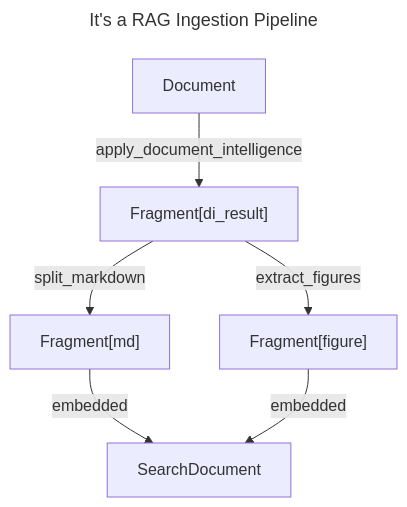
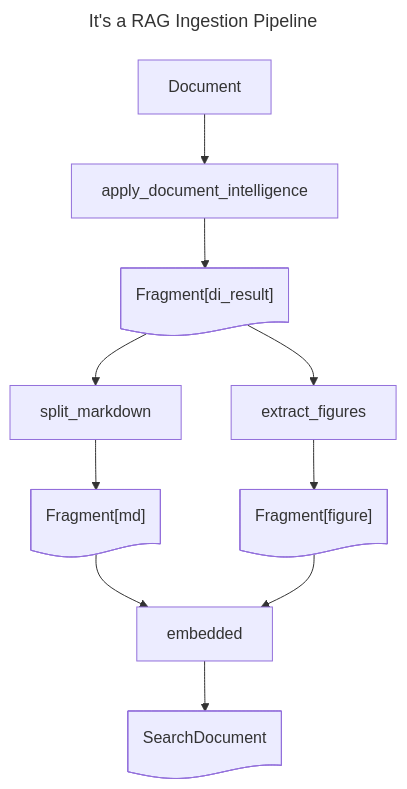
One commit to Azure-Samples/az-ai-catalyst changed the diagram in examples/its_a_rag.md. Above: the diagram before and after it, drawn with Mermaid. The commit also changed 4 other files, not shown here.

Commit message:
Refactoring Mermaid flow charts into Process & Documents

````diff
--- a/examples/its_a_rag.md
+++ b/examples/its_a_rag.md
@@ -1,16 +1,24 @@
 ```mermaid
 ---
 title: It's a RAG Ingestion Pipeline
 ---
 flowchart TD
-    Fragment_md["Fragment[md]"]
-    SearchDocument["SearchDocument"]
-    Fragment_di_result["Fragment[di_result]"]
-    Fragment_figure["Fragment[figure]"]
-    Document -- "apply_document_intelligence" --> Fragment_di_result
-    Fragment_di_result -- "extract_figures" --> Fragment_figure
-    Fragment_di_result -- "split_markdown" --> Fragment_md
-    Fragment_md -- "embedded" --> SearchDocument
-    Fragment_figure -- "embedded" --> SearchDocument
+    SearchDocument@{ shape: doc, label: "SearchDocument" }
+    Fragment_md@{ shape: doc, label: "Fragment[md]" }
+    Fragment_di_result@{ shape: doc, label: "Fragment[di_result]" }
+    Fragment_figure@{ shape: doc, label: "Fragment[figure]" }
+    apply_document_intelligence@{ shape: rect, label: "apply_document_intelligence" }
+    apply_document_intelligence --> Fragment_di_result
+    Document --> apply_document_intelligence
+    extract_figures@{ shape: rect, label: "extract_figures" }
+    extract_figures --> Fragment_figure
+    Fragment_di_result --> extract_figures
+    split_markdown@{ shape: rect, label: "split_markdown" }
+    split_markdown --> Fragment_md
+    Fragment_di_result --> split_markdown
+    embedded@{ shape: rect, label: "embedded" }
+    embedded --> SearchDocument
+    Fragment_md --> embedded
+    Fragment_figure --> embedded
 
 ```
````
